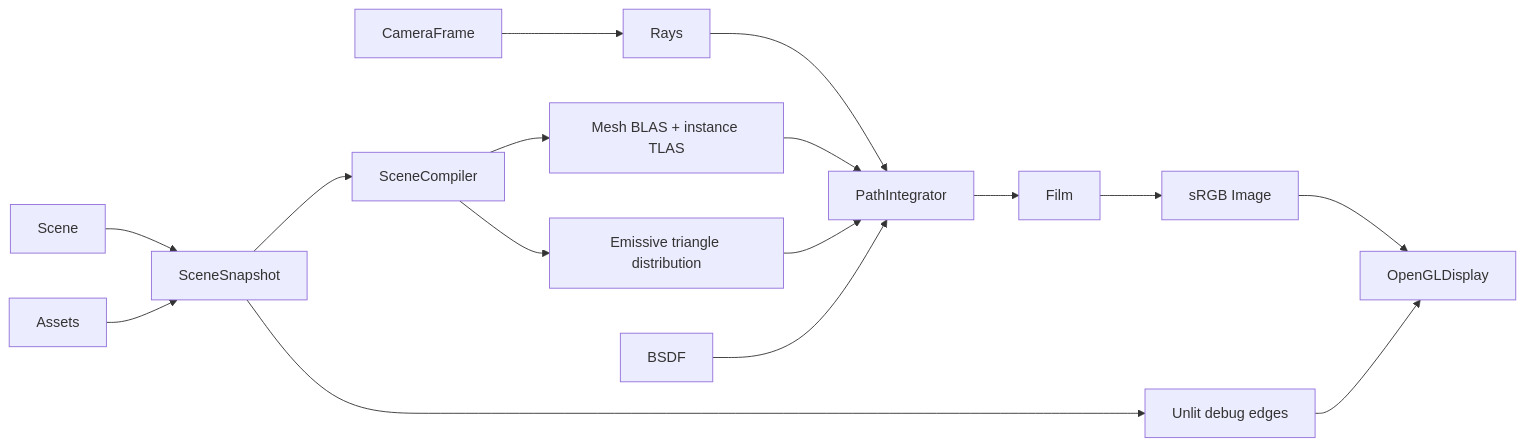
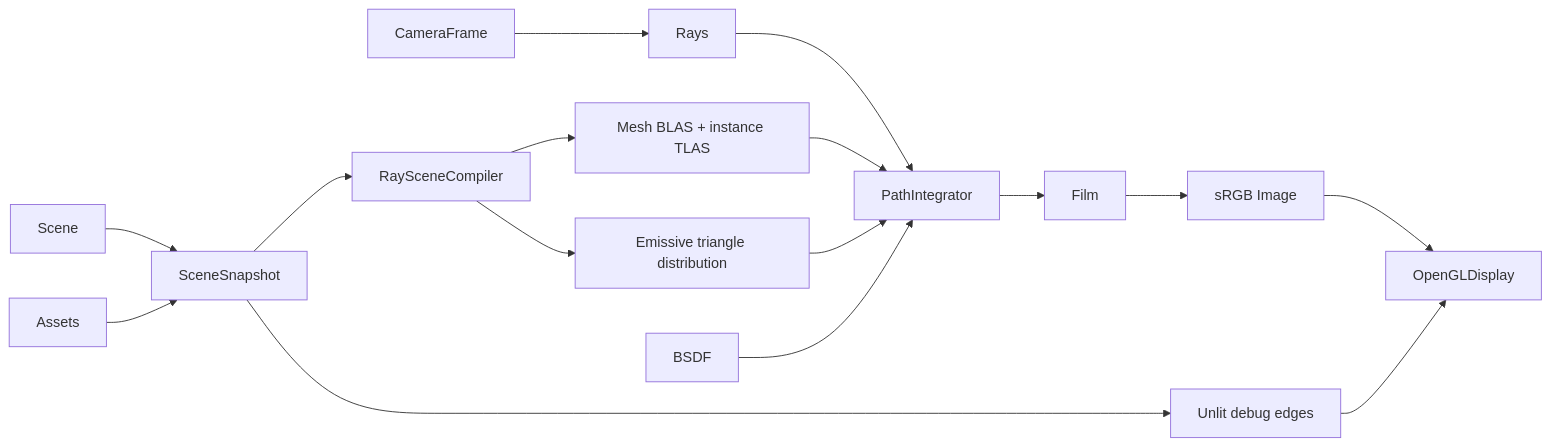
The diagram in docs/Architecture.md (SouPuppy/Jade), drawn with Mermaid before and after one commit. The commit also changed other lines of this file and 112 other files, not shown here.

````diff
--- a/docs/Architecture.md
+++ b/docs/Architecture.md
@@ -7,18 +7,18 @@
 ```mermaid
 flowchart LR
   Scene --> Snapshot[SceneSnapshot]
   Assets --> Snapshot
-  Snapshot --> Compiler[SceneCompiler]
+  Snapshot --> Compiler[RaySceneCompiler]
   Compiler --> Geometry[Mesh BLAS + instance TLAS]
   Compiler --> Emitters[Emissive triangle distribution]
   Camera[CameraFrame] --> Rays
   Rays --> Integrator[PathIntegrator]
   Geometry --> Integrator
   Emitters --> Integrator
   BSDF --> Integrator
   Integrator --> Film
   Film --> Image[sRGB Image]
   Image --> Display[OpenGLDisplay]
   Snapshot --> Wireframe[Unlit debug edges]
   Wireframe --> Display
 ```
````
